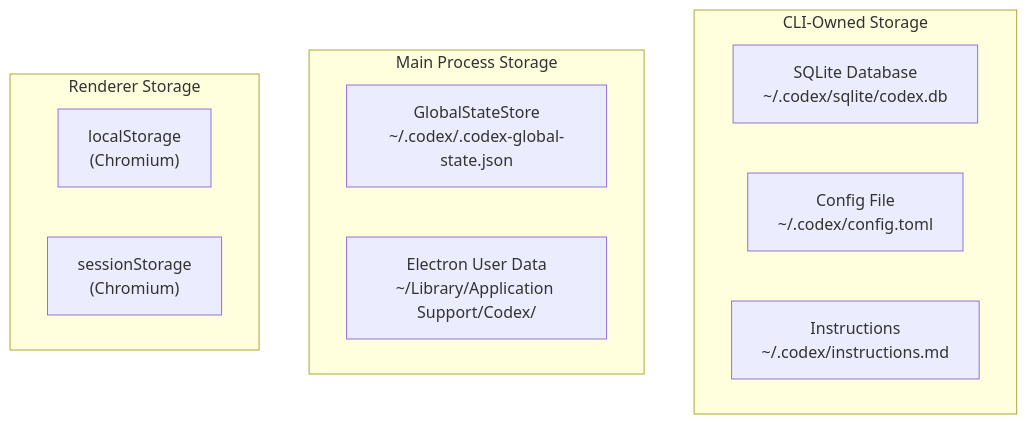
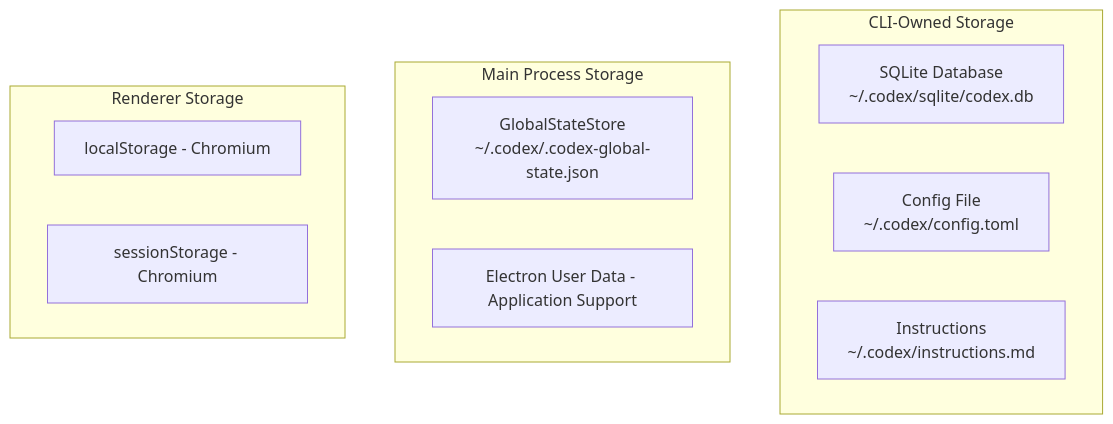
Before and after one commit to ChrisFeldmeier/codex-research: the first of 2 diagrams in 14-state-persistence.md, drawn with Mermaid. The commit also changed other lines of this file and 10 other files, not shown here.

Commit message:
Refactor mermaid diagrams for improved clarity and consistency in label descriptions across various documentation files

````diff
--- a/14-state-persistence.md
+++ b/14-state-persistence.md
@@ -9,18 +9,18 @@
 ```mermaid
 flowchart TD
     subgraph "CLI-Owned Storage"
         SQLITE["SQLite Database<br/>~/.codex/sqlite/codex.db"]
         CONFIG["Config File<br/>~/.codex/config.toml"]
         INSTRUCTIONS["Instructions<br/>~/.codex/instructions.md"]
     end
 
     subgraph "Main Process Storage"
         GLOBAL["GlobalStateStore<br/>~/.codex/.codex-global-state.json"]
-        ELECTRON_DATA["Electron User Data<br/>~/Library/Application Support/Codex/"]
+        ELECTRON_DATA["Electron User Data - Application Support"]
     end
 
     subgraph "Renderer Storage"
-        LOCAL_STORAGE["localStorage<br/>(Chromium)"]
-        SESSION["sessionStorage<br/>(Chromium)"]
+        LOCAL_STORAGE["localStorage - Chromium"]
+        SESSION["sessionStorage - Chromium"]
     end
 ```
````
